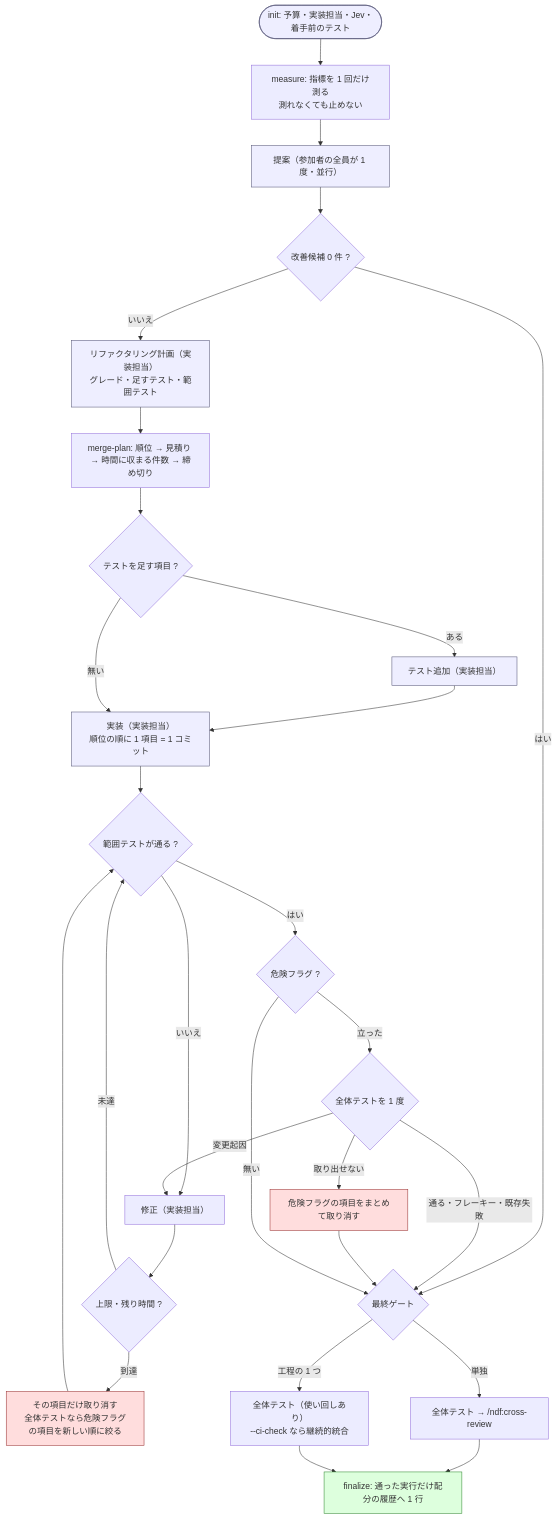
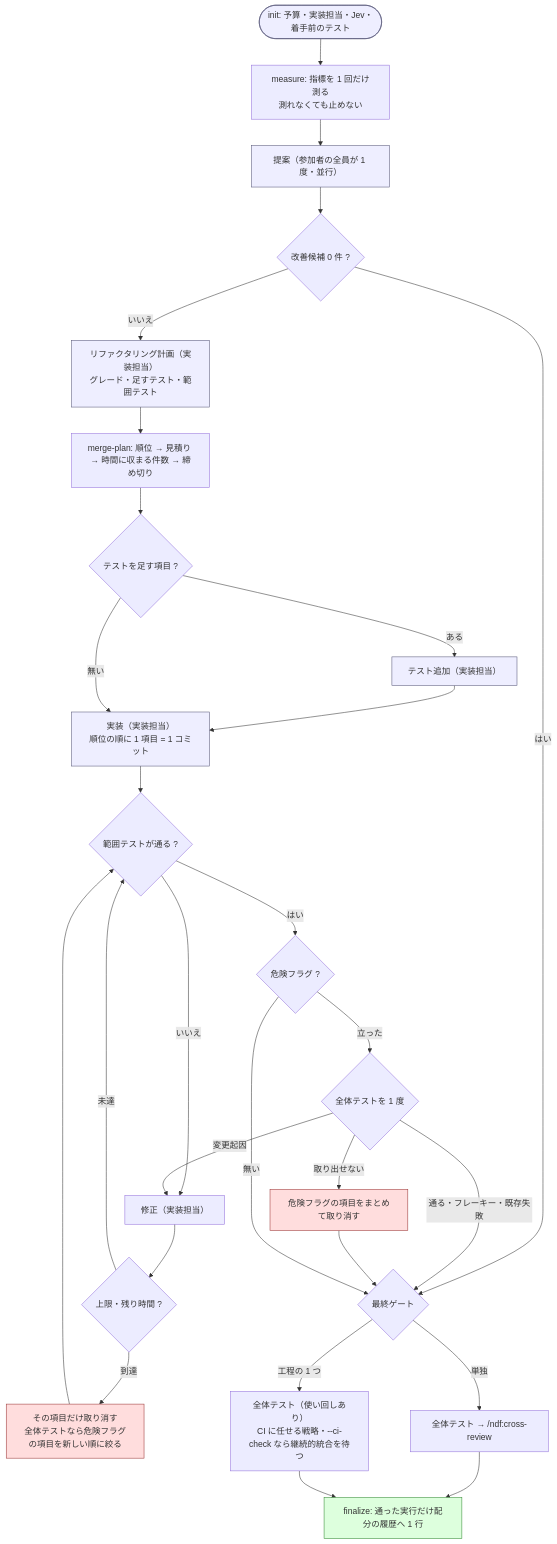
Before and after one commit to devbasex/ai-plugins: the diagram in plugins/ndf/skills/cross-refactoring/SKILL.md, drawn with Mermaid. The commit also changed other lines of this file and 9 other files, not shown here.

````diff
--- a/plugins/ndf/skills/cross-refactoring/SKILL.md
+++ b/plugins/ndf/skills/cross-refactoring/SKILL.md
@@ -130,30 +136,30 @@
 ```mermaid
 flowchart TD
     Init([init: 予算・実装担当・Jev・着手前のテスト]):::phase --> M
     M["measure: 指標を 1 回だけ測る<br/>測れなくても止めない"] --> P
     P["提案（参加者の全員が 1 度・並行）"]:::phase --> MP{"改善候補 0 件 ?"}
     MP -->|はい| Gate
     MP -->|いいえ| Plan["リファクタリング計画（実装担当）<br/>グレード・足すテスト・範囲テスト"]:::phase
     Plan --> Sel["merge-plan: 順位 → 見積り → 時間に収まる件数 → 締め切り"]
     Sel --> T{"テストを足す項目 ?"}
     T -->|ある| AT["テスト追加（実装担当）"]:::phase --> Impl
     T -->|無い| Impl["実装（実装担当）<br/>順位の順に 1 項目 = 1 コミット"]:::phase
     Impl --> V{"範囲テストが通る ?"}
     V -->|いいえ| Fix["修正（実装担当）"] --> Cap{"上限・残り時間 ?"}
     Cap -->|未達| V
     Cap -->|到達| Drop["その項目だけ取り消す<br/>全体テストなら危険フラグの項目を新しい順に絞る"]:::stop --> V
     V -->|はい| D{"危険フラグ ?"}
     D -->|立った| W{"全体テストを 1 度"}
     W -->|通る・フレーキー・既存失敗| Gate
     W -->|変更起因| Fix
     W -->|取り出せない| DropAll["危険フラグの項目をまとめて取り消す"]:::stop --> Gate
     D -->|無い| Gate{"最終ゲート"}
     Gate -->|単独| CR["全体テスト → /ndf:cross-review"]
-    Gate -->|工程の 1 つ| Whole["全体テスト（使い回しあり）<br/>--ci-check なら継続的統合"]
+    Gate -->|工程の 1 つ| Whole["全体テスト（使い回しあり）<br/>CI に任せる戦略・--ci-check なら継続的統合を待つ"]
     CR --> Fin["finalize: 通った実行だけ配分の履歴へ 1 行"]:::ok
     Whole --> Fin
 
     classDef phase fill:#eef,stroke:#557
     classDef ok fill:#dfd,stroke:#383
     classDef stop fill:#fdd,stroke:#933
 ```
````
